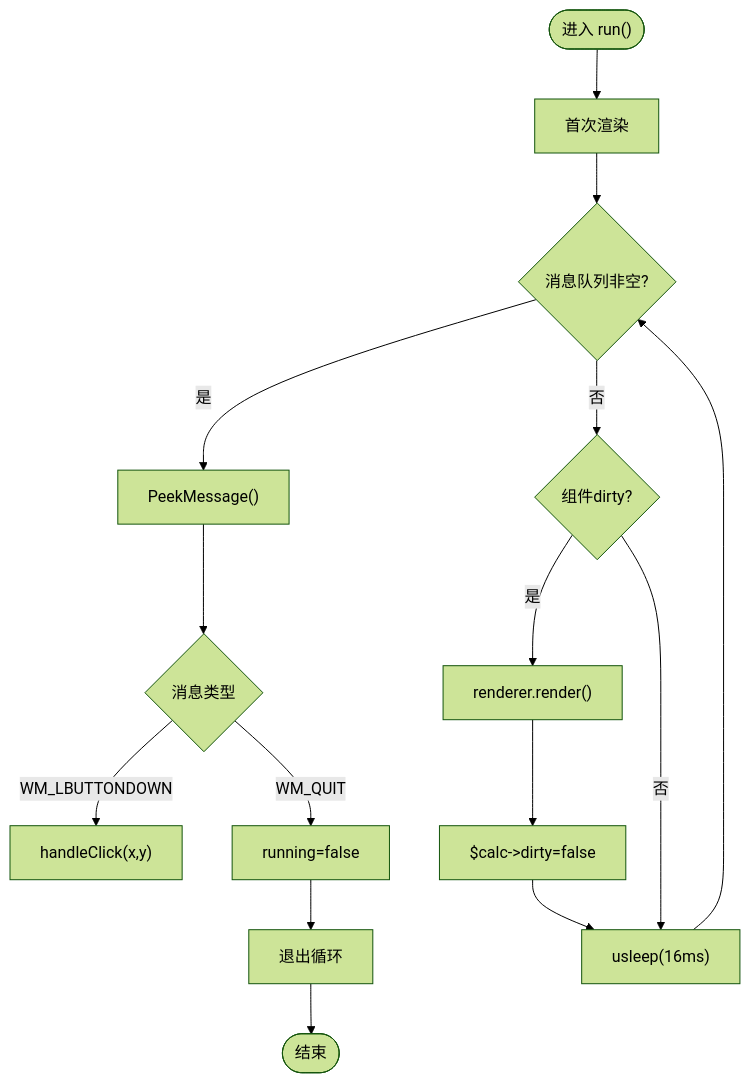
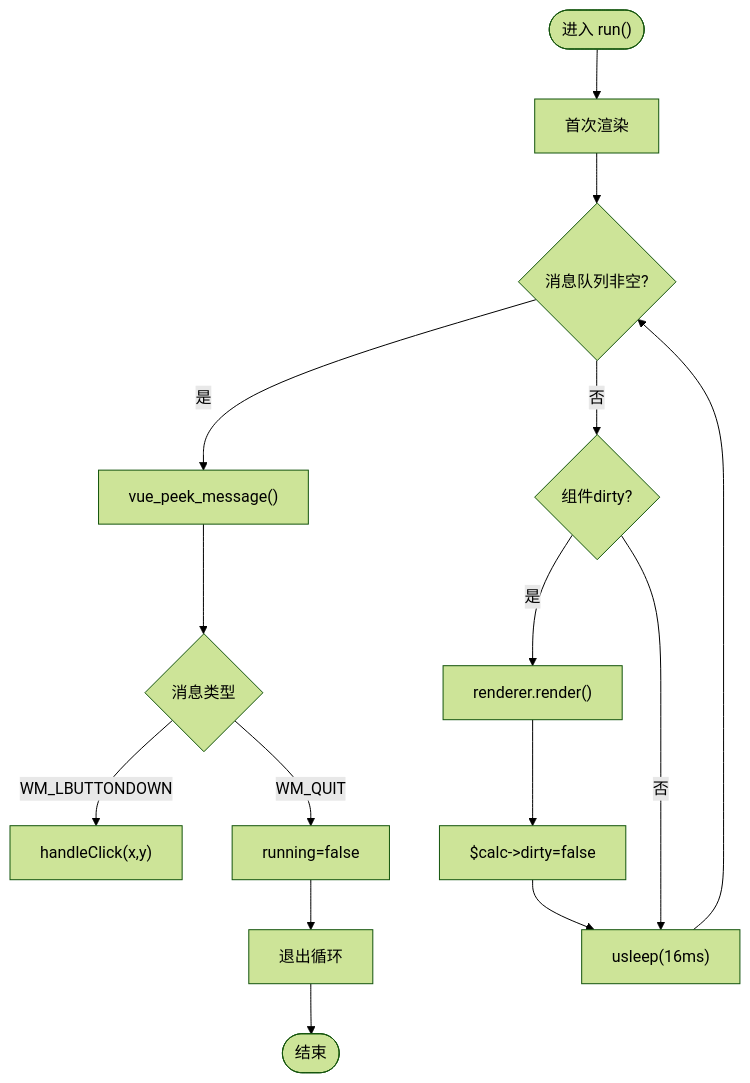
The third of 7 diagrams in .qoder/repowiki/zh/content/应用程序生命周期/应用程序生命周期.md (xingye00186/PHP-Data-UI-Framework-powered-by-swooleAOT), drawn with Mermaid (forest theme) before and after one commit. The commit also changed other lines of this file and 7 other files, not shown here.

````diff
--- a/.qoder/repowiki/zh/content/应用程序生命周期/应用程序生命周期.md
+++ b/.qoder/repowiki/zh/content/应用程序生命周期/应用程序生命周期.md
@@ -140,17 +139,17 @@
 ```mermaid
 flowchart TD
 Start(["进入 run()"]) --> FirstRender["首次渲染"]
 FirstRender --> Loop{"消息队列非空?"}
-Loop --> |是| Peek["PeekMessage()"]
+Loop --> |是| Peek["vue_peek_message()"]
 Peek --> Type{"消息类型"}
 Type --> |WM_LBUTTONDOWN| Click["handleClick(x,y)"]
 Type --> |WM_QUIT| Quit["running=false"]
 Loop --> |否| Dirty{"组件dirty?"}
 Dirty --> |是| Render["renderer.render()"]
 Dirty --> |否| Sleep["usleep(16ms)"]
 Render --> ClearDirty["$calc->dirty=false"]
 ClearDirty --> Sleep
 Sleep --> Loop
 Quit --> Close["退出循环"]
 Close --> End(["结束"])
 ```
````
